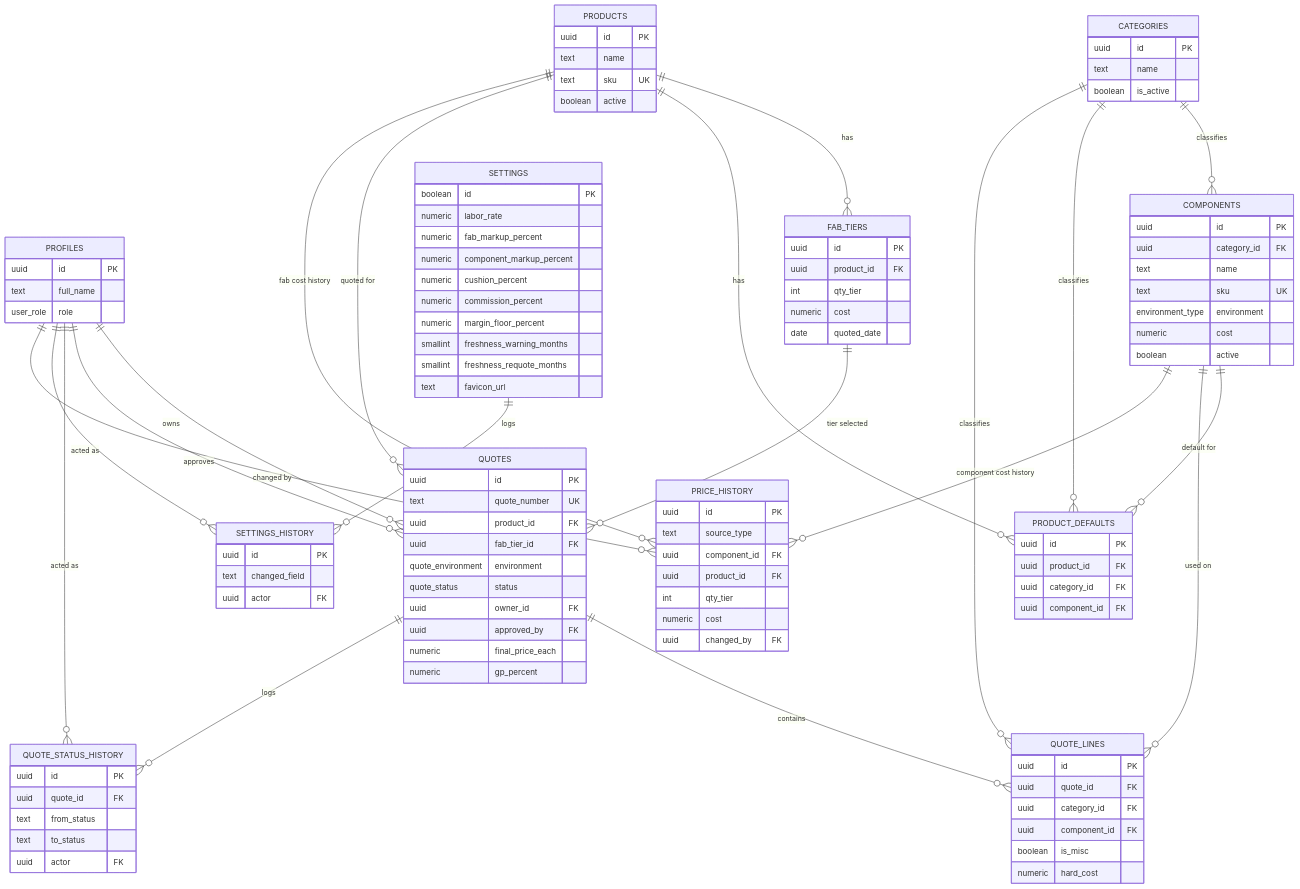
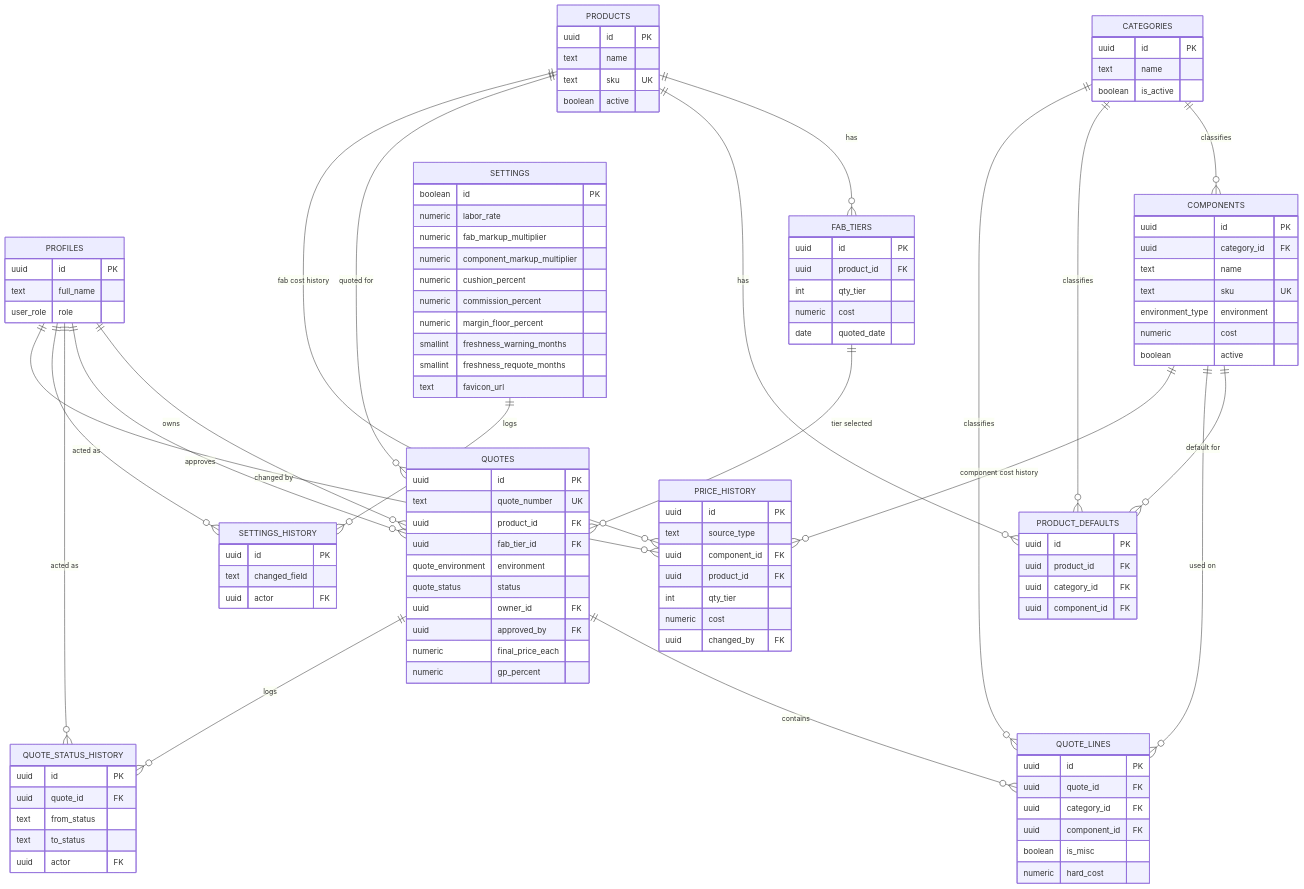
One commit to Cueserve/rr-redyquote changed the diagram in docs/DATABASE.md. Above: the diagram before and after it, drawn with Mermaid. The commit also changed other lines of this file and 4 other files, not shown here.

```diff
--- a/docs/DATABASE.md
+++ b/docs/DATABASE.md
@@ -128,8 +128,8 @@
     SETTINGS {
         boolean id PK
         numeric labor_rate
-        numeric fab_markup_percent
-        numeric component_markup_percent
+        numeric fab_markup_multiplier
+        numeric component_markup_multiplier
         numeric cushion_percent
         numeric commission_percent
         numeric margin_floor_percent
```
